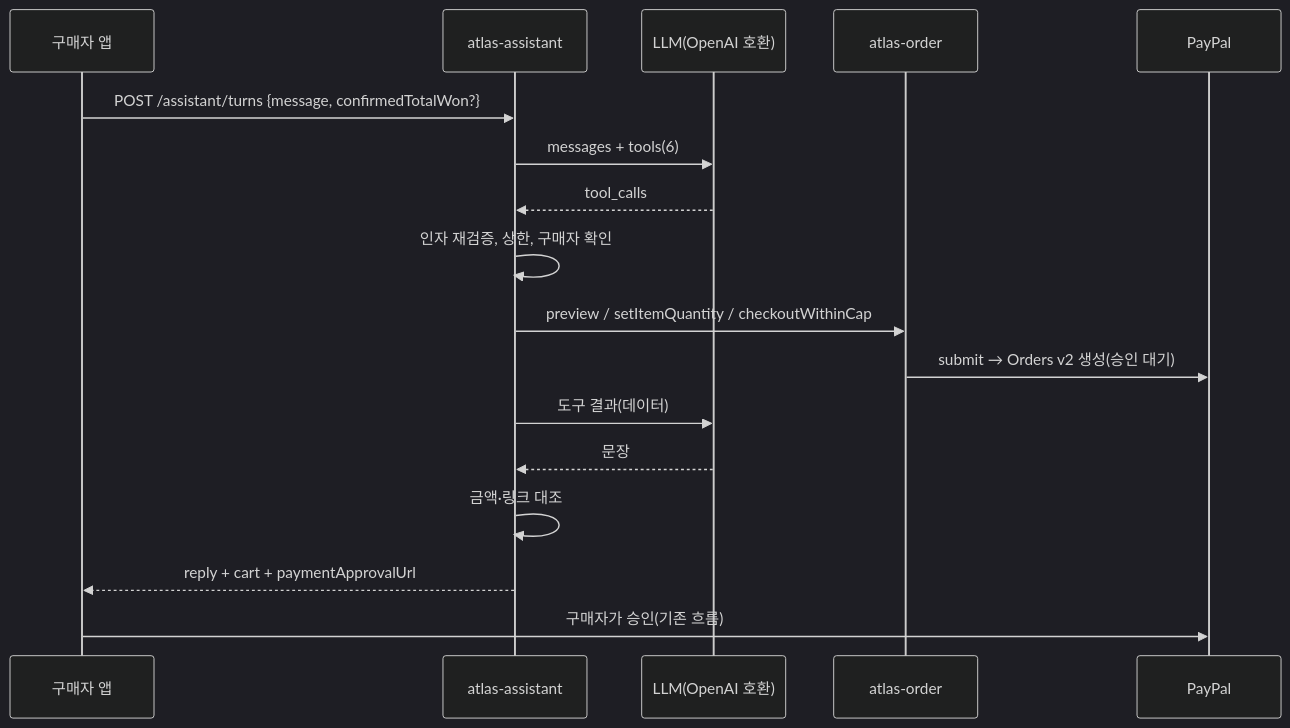
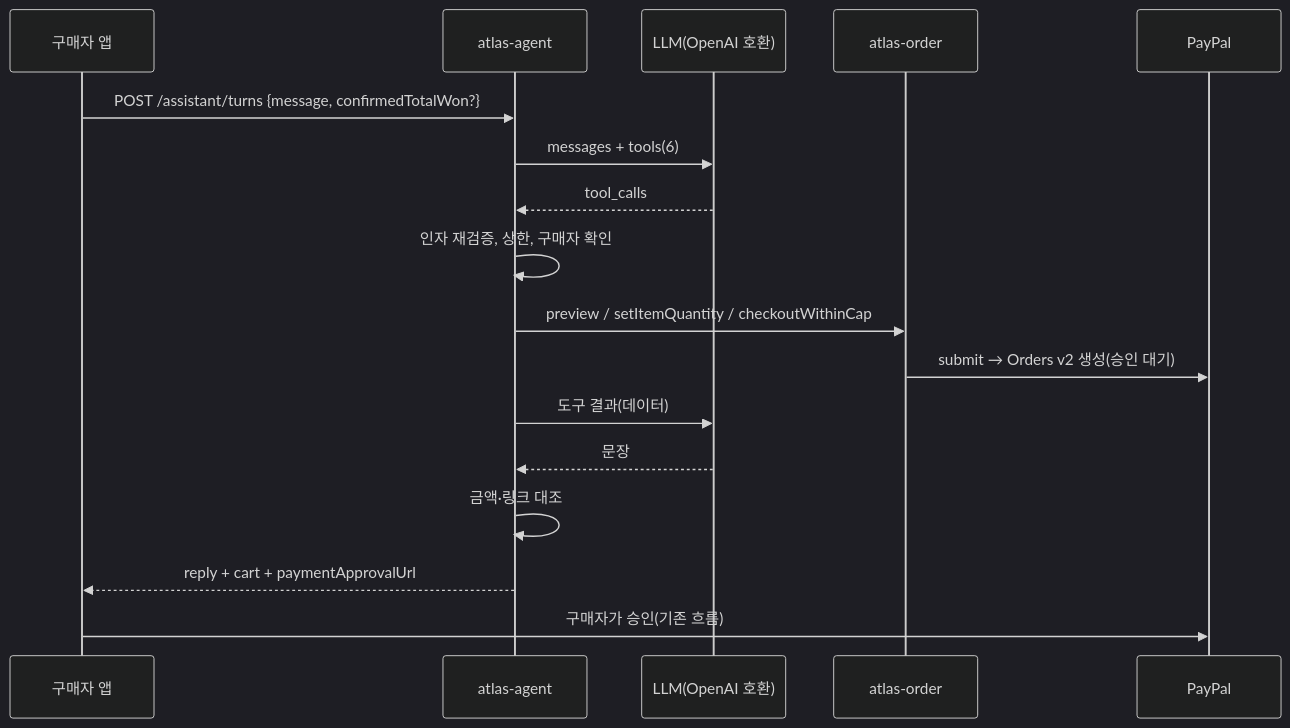
One commit to Neo1228/ATLAS changed the diagram in docs/02-decisions/adr/ADR-0109-shopping-assistant-and-ctype-independent-search.md. Above: the diagram before and after it, drawn with Mermaid (dark theme). The commit also changed other lines of this file and 78 other files, not shown here.

````diff
--- a/docs/02-decisions/adr/ADR-0109-shopping-assistant-and-ctype-independent-search.md
+++ b/docs/02-decisions/adr/ADR-0109-shopping-assistant-and-ctype-independent-search.md
@@ -41,19 +42,19 @@
 ```mermaid
 sequenceDiagram
     participant B as 구매자 앱
-    participant A as atlas-assistant
+    participant A as atlas-agent
     participant L as LLM(OpenAI 호환)
     participant O as atlas-order
     participant P as PayPal
     B->>A: POST /assistant/turns {message, confirmedTotalWon?}
     A->>L: messages + tools(6)
     L-->>A: tool_calls
     A->>A: 인자 재검증, 상한, 구매자 확인
     A->>O: preview / setItemQuantity / checkoutWithinCap
     O->>P: submit → Orders v2 생성(승인 대기)
     A->>L: 도구 결과(데이터)
     L-->>A: 문장
     A->>A: 금액·링크 대조
     A-->>B: reply + cart + paymentApprovalUrl
     B->>P: 구매자가 승인(기존 흐름)
 ```
````
